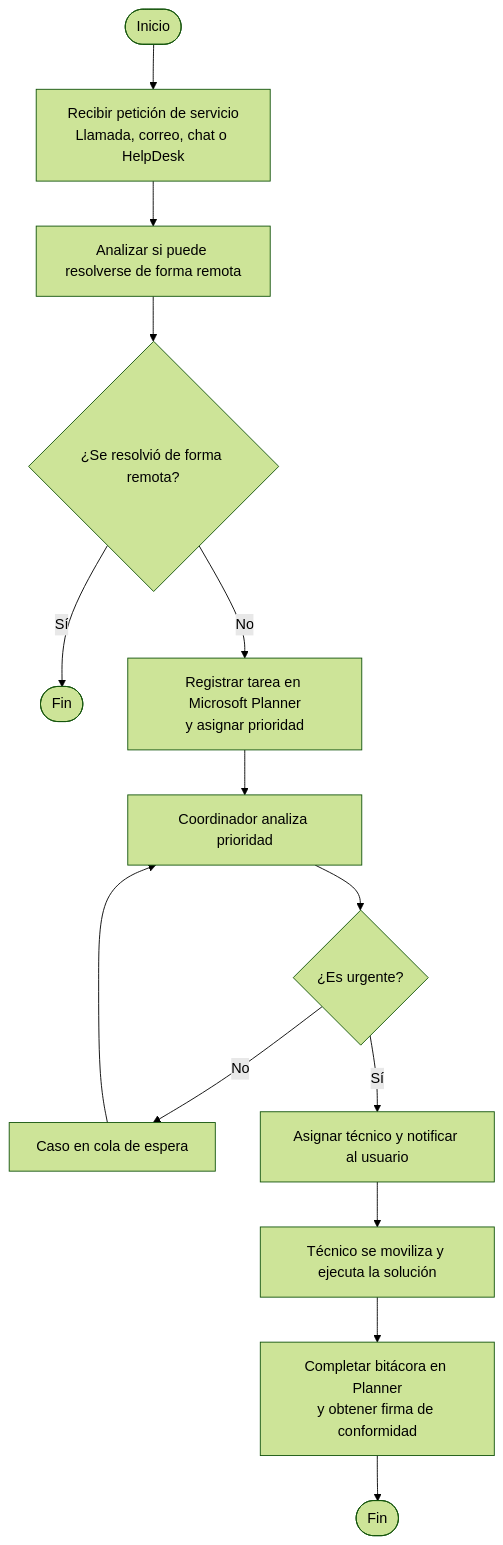
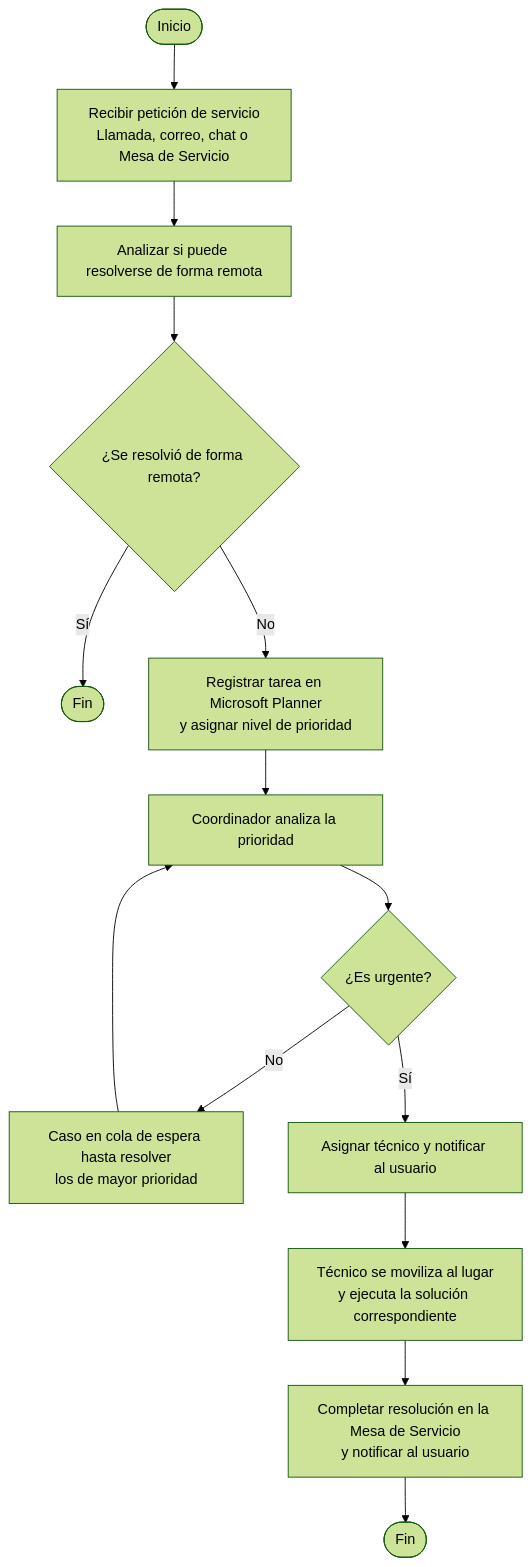
Before and after one commit to InformaticaMPZ/EsquemaDeProcedimientosMPZ: the diagram in solicitud_de_servicios_informaticos.md, drawn with Mermaid (forest theme). The commit also changed 13 other files, not shown here.

Commit message:
fix: diagrams

````diff
--- a/solicitud_de_servicios_informaticos.md
+++ b/solicitud_de_servicios_informaticos.md
@@ -1,27 +1,27 @@
 ```mermaid
 flowchart TD
-    A([Inicio]) --> B[Recibir petición de servicio<br/>Llamada, correo, chat o HelpDesk]
+    A([Inicio]) --> B[Recibir petición de servicio<br/>Llamada, correo, chat o Mesa de Servicio]
 
     B --> C[Analizar si puede resolverse de forma remota]
 
     C --> D{¿Se resolvió de forma remota?}
 
     D -- Sí --> FIN1([Fin])
 
-    D -- No --> E[Registrar tarea en Microsoft Planner<br/>y asignar prioridad]
+    D -- No --> E[Registrar tarea en Microsoft Planner<br/>y asignar nivel de prioridad]
 
-    E --> F[Coordinador analiza prioridad]
+    E --> F[Coordinador analiza la prioridad]
 
     F --> G{¿Es urgente?}
 
-    G -- No --> H[Caso en cola de espera]
+    G -- No --> H[Caso en cola de espera hasta resolver<br/>los de mayor prioridad]
     H --> F
 
     G -- Sí --> I[Asignar técnico y notificar al usuario]
 
-    I --> J[Técnico se moviliza y ejecuta la solución]
+    I --> J[Técnico se moviliza al lugar<br/>y ejecuta la solución correspondiente]
 
-    J --> K[Completar bitácora en Planner<br/>y obtener firma de conformidad]
+    J --> K[Completar resolución en la Mesa de Servicio<br/>y notificar al usuario]
 
     K --> FIN2([Fin])
 ```
````
